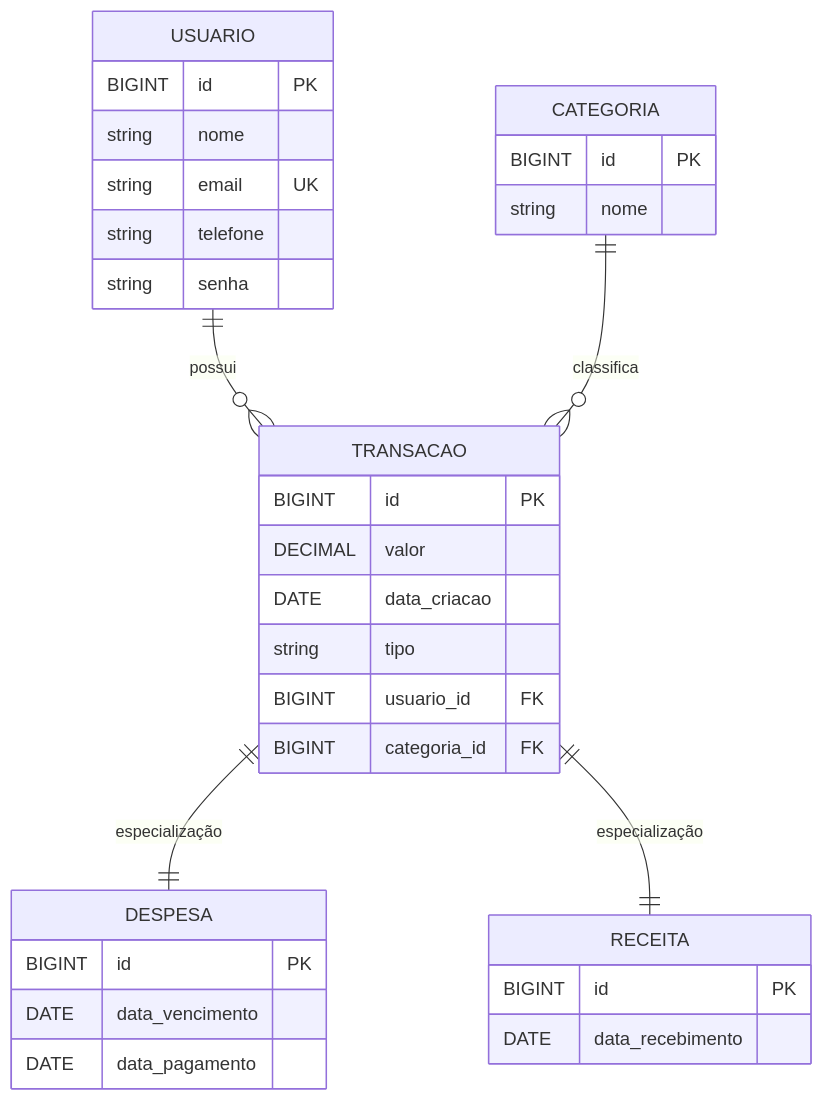
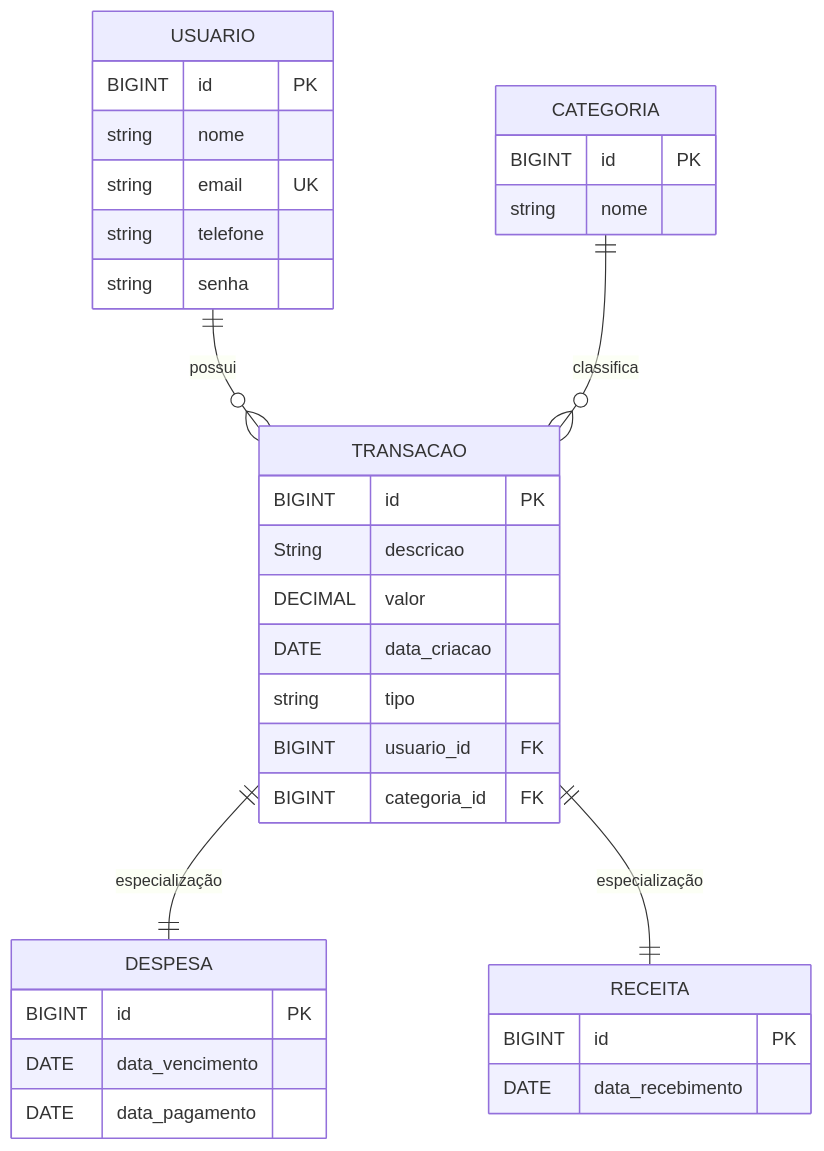
Before and after one commit to AndreOliveiraALO/dio-desafio-api-controle-financeiro-pessoal: the second of 2 diagrams in README.md, drawn with Mermaid. The commit also changed other lines of this file, not shown here.

````diff
--- a/README.md
+++ b/README.md
@@ -43,41 +44,42 @@
 ```mermaid
 ---
 config:
   layout: dagre
 ---
 erDiagram
 	direction TB
 	USUARIO {
 		BIGINT id PK ""  
 		string nome  ""  
 		string email UK ""
 		string telefone ""
 		string senha  ""  
 	}
 	TRANSACAO {
 		BIGINT id PK ""  
+		String descricao ""
 		DECIMAL valor  ""  
 		DATE data_criacao  ""  
 		string tipo  ""  
 		BIGINT usuario_id FK ""  
 		BIGINT categoria_id FK ""  
 	}
 	CATEGORIA {
 		BIGINT id PK ""  
 		string nome  ""  
 	}
 	DESPESA {
 		BIGINT id PK ""  
 		DATE data_vencimento  ""  
 		DATE data_pagamento  ""  
 	}
 	RECEITA {
 		BIGINT id PK ""  
 		DATE data_recebimento  ""  
 	}
 	USUARIO||--o{TRANSACAO:"possui"
 	CATEGORIA||--o{TRANSACAO:"classifica"
 	TRANSACAO||--||DESPESA:"especialização"
 	TRANSACAO||--||RECEITA:"especialização"
 
 ```
````
